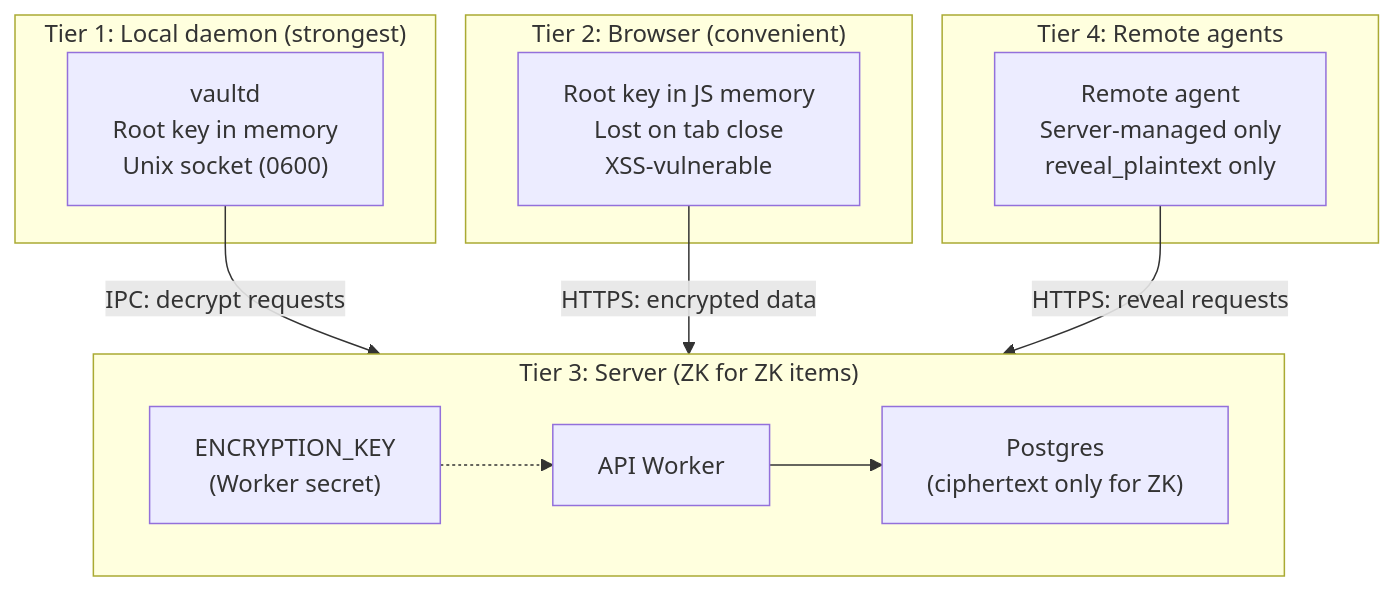
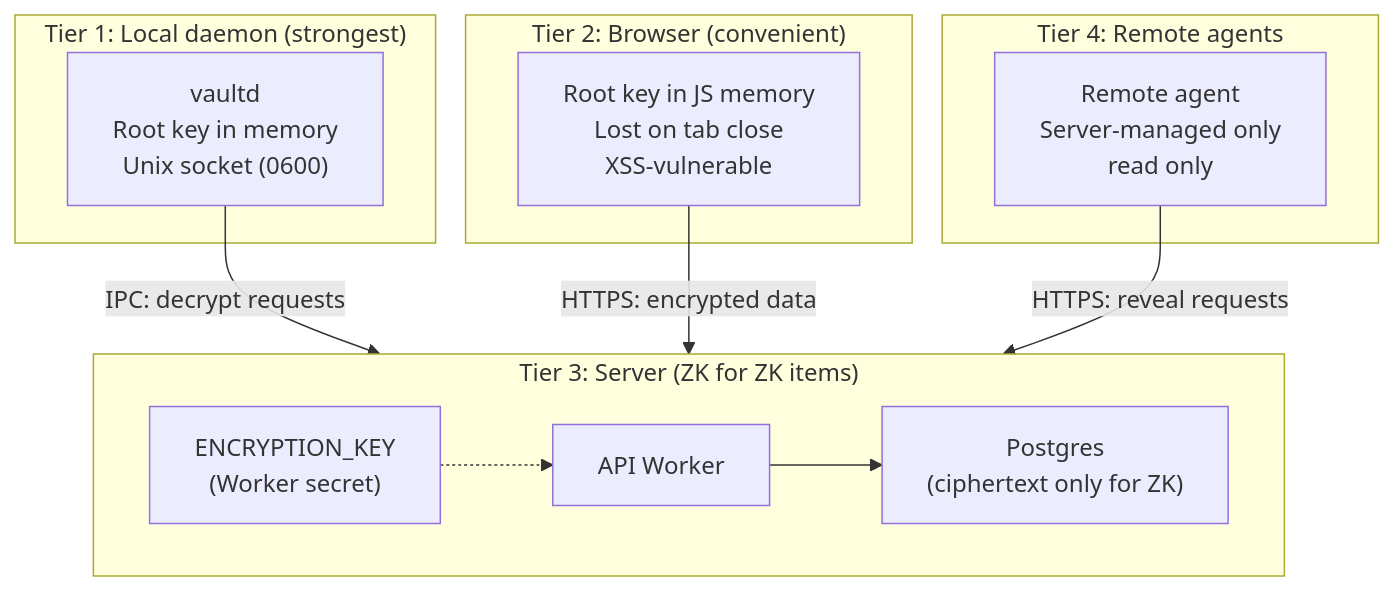
One commit to punitarani/abadge changed the first of 2 diagrams in apps/docs/security/trust-boundaries.mdx. Above: the diagram before and after it, drawn with Mermaid. The commit also changed other lines of this file and 63 other files, not shown here.

````diff
--- a/apps/docs/security/trust-boundaries.mdx
+++ b/apps/docs/security/trust-boundaries.mdx
@@ -10,26 +10,26 @@
 ```mermaid
 flowchart TB
   subgraph T1["Tier 1: Local daemon (strongest)"]
     Daemon["vaultd<br/>Root key in memory<br/>Unix socket (0600)"]
   end
 
   subgraph T2["Tier 2: Browser (convenient)"]
     Browser["Root key in JS memory<br/>Lost on tab close<br/>XSS-vulnerable"]
   end
 
   subgraph T3["Tier 3: Server (ZK for ZK items)"]
     API["API Worker"]
     DB["Postgres<br/>(ciphertext only for ZK)"]
     EK["ENCRYPTION_KEY<br/>(Worker secret)"]
   end
 
   subgraph T4["Tier 4: Remote agents"]
-    Agent["Remote agent<br/>Server-managed only<br/>reveal_plaintext only"]
+    Agent["Remote agent<br/>Server-managed only<br/>read only"]
   end
 
   Daemon -->|IPC: decrypt requests| T3
   Browser -->|HTTPS: encrypted data| T3
   Agent -->|HTTPS: reveal requests| T3
   API --> DB
   EK -.-> API
 ```
````
